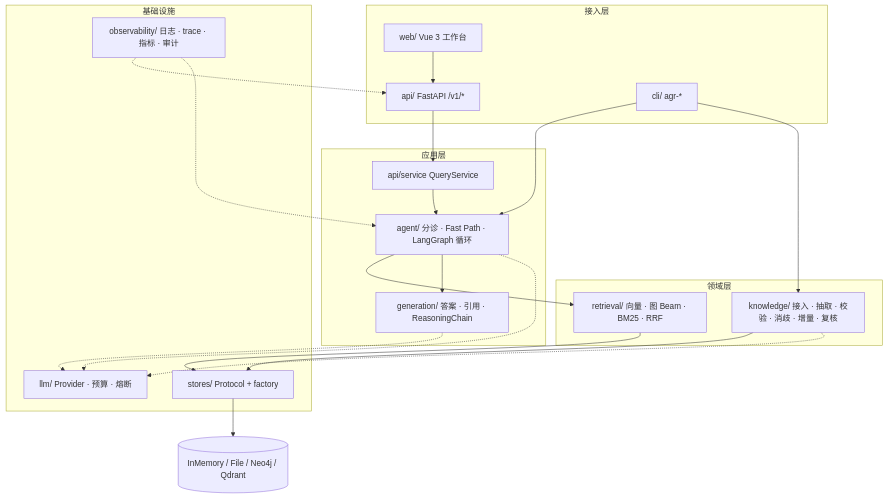
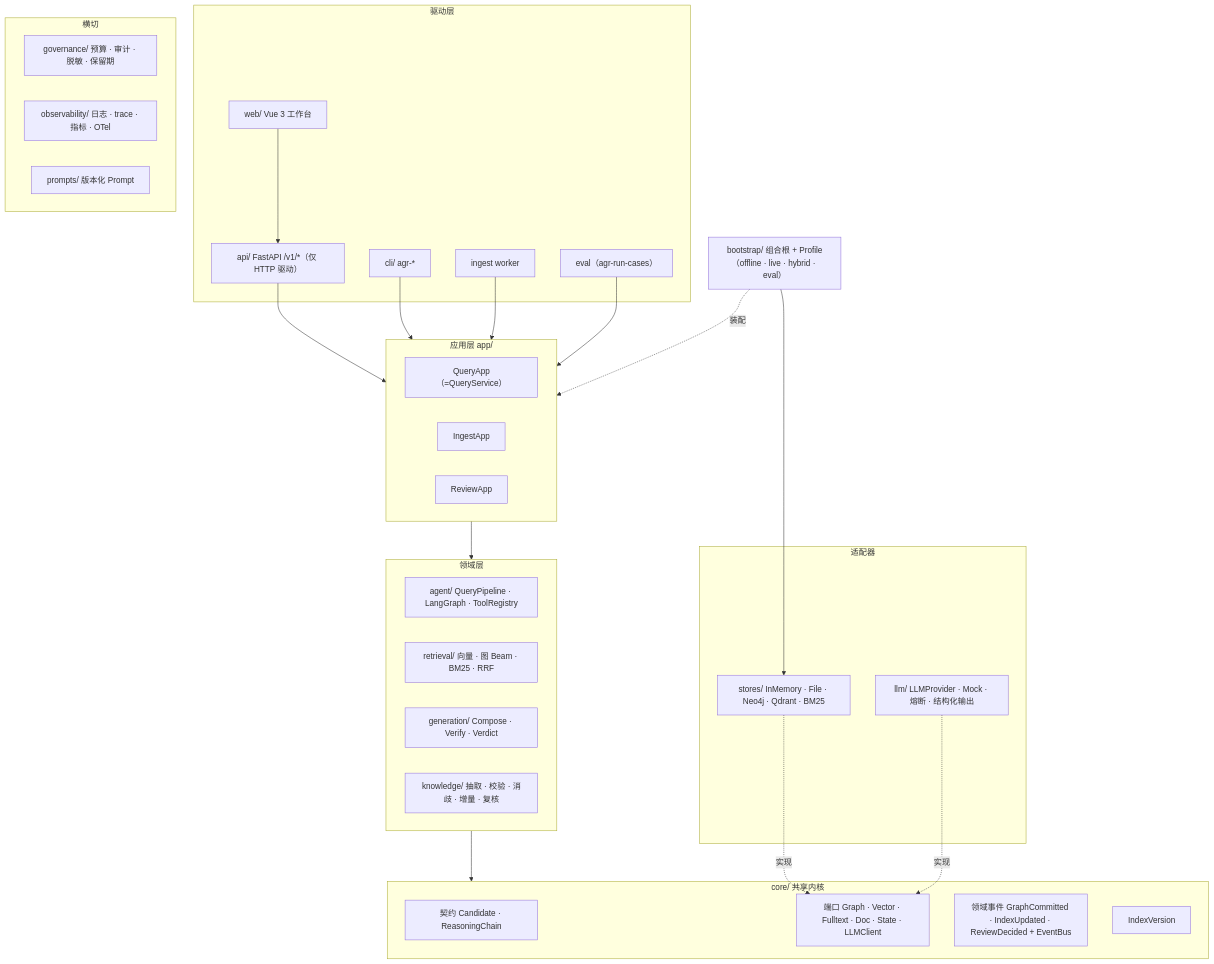
Before and after one commit to RightCloudhub/AG: the first of 17 diagrams in docs/ARCHITECTURE.md, drawn with Mermaid. The commit also changed other lines of this file and 154 other files, not shown here.

Commit message:
fix(stores): implement Neo4jGraphStore.list_entities and add it to GraphStore protocol

````diff
--- a/docs/ARCHITECTURE.md
+++ b/docs/ARCHITECTURE.md
@@ -22,34 +24,47 @@
 ```mermaid
 flowchart TD
-    subgraph ENTRY["接入层"]
+    subgraph DRV["驱动层"]
         WEB["web/ Vue 3 工作台"]
-        API["api/ FastAPI /v1/*"]
+        API["api/ FastAPI /v1/*（仅 HTTP 驱动）"]
         CLI["cli/ agr-*"]
+        WK["ingest worker"]
+        EVL["eval（agr-run-cases）"]
     end
-    subgraph APP["应用层"]
-        SVC["api/service QueryService"]
-        AGENT["agent/ 分诊 · Fast Path · LangGraph 循环"]
-        GEN["generation/ 答案 · 引用 · ReasoningChain"]
+    subgraph APP["应用层 app/"]
+        QA["QueryApp（=QueryService）"]
+        IA["IngestApp"]
+        RA["ReviewApp"]
     end
-    subgraph DOMAIN["领域层"]
+    subgraph DOM["领域层"]
+        AGENT["agent/ QueryPipeline · LangGraph · ToolRegistry"]
         RET["retrieval/ 向量 · 图 Beam · BM25 · RRF"]
-        KG["knowledge/ 接入 · 抽取 · 校验 · 消歧 · 增量 · 复核"]
+        GEN["generation/ Compose · Verify · Verdict"]
+        KG["knowledge/ 抽取 · 校验 · 消歧 · 增量 · 复核"]
     end
-    subgraph INFRA["基础设施"]
-        STORES["stores/ Protocol + factory"]
-        LLM["llm/ Provider · 预算 · 熔断"]
-        OBS["observability/ 日志 · trace · 指标 · 审计"]
+    subgraph CORE["core/ 共享内核"]
+        CT["契约 Candidate · ReasoningChain"]
+        PT["端口 Graph · Vector · Fulltext · Doc · State · LLMClient"]
+        EVT["领域事件 GraphCommitted · IndexUpdated · ReviewDecided + EventBus"]
+        VER["IndexVersion"]
     end
-    WEB --> API --> SVC --> AGENT
-    CLI --> AGENT
-    CLI --> KG
-    AGENT --> RET --> STORES
-    AGENT --> GEN
-    KG --> STORES
-    AGENT -.-> LLM
-    KG -.-> LLM
-    GEN -.-> LLM
-    OBS -.-> API
-    OBS -.-> AGENT
-    STORES --> BACK[("InMemory / File / Neo4j / Qdrant")]
+    subgraph X["横切"]
+        GOV["governance/ 预算 · 审计 · 脱敏 · 保留期"]
+        OBS["observability/ 日志 · trace · 指标 · OTel"]
+        PRM["prompts/ 版本化 Prompt"]
+    end
+    subgraph ADP["适配器"]
+        STORES["stores/ InMemory · File · Neo4j · Qdrant · BM25"]
+        LLM["llm/ LLMProvider · Mock · 熔断 · 结构化输出"]
+    end
+    BOOT["bootstrap/ 组合根 + Profile（offline · live · hybrid · eval）"]
+    WEB --> API
+    API --> APP
+    CLI --> APP
+    WK --> APP
+    EVL --> APP
+    APP --> DOM --> CORE
+    STORES -. 实现 .-> PT
+    LLM -. 实现 .-> PT
+    BOOT --> STORES
+    BOOT -. 装配 .-> APP
 ```
````
